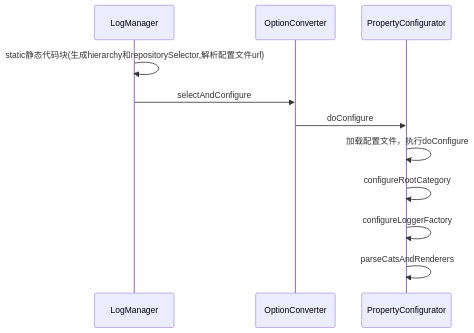
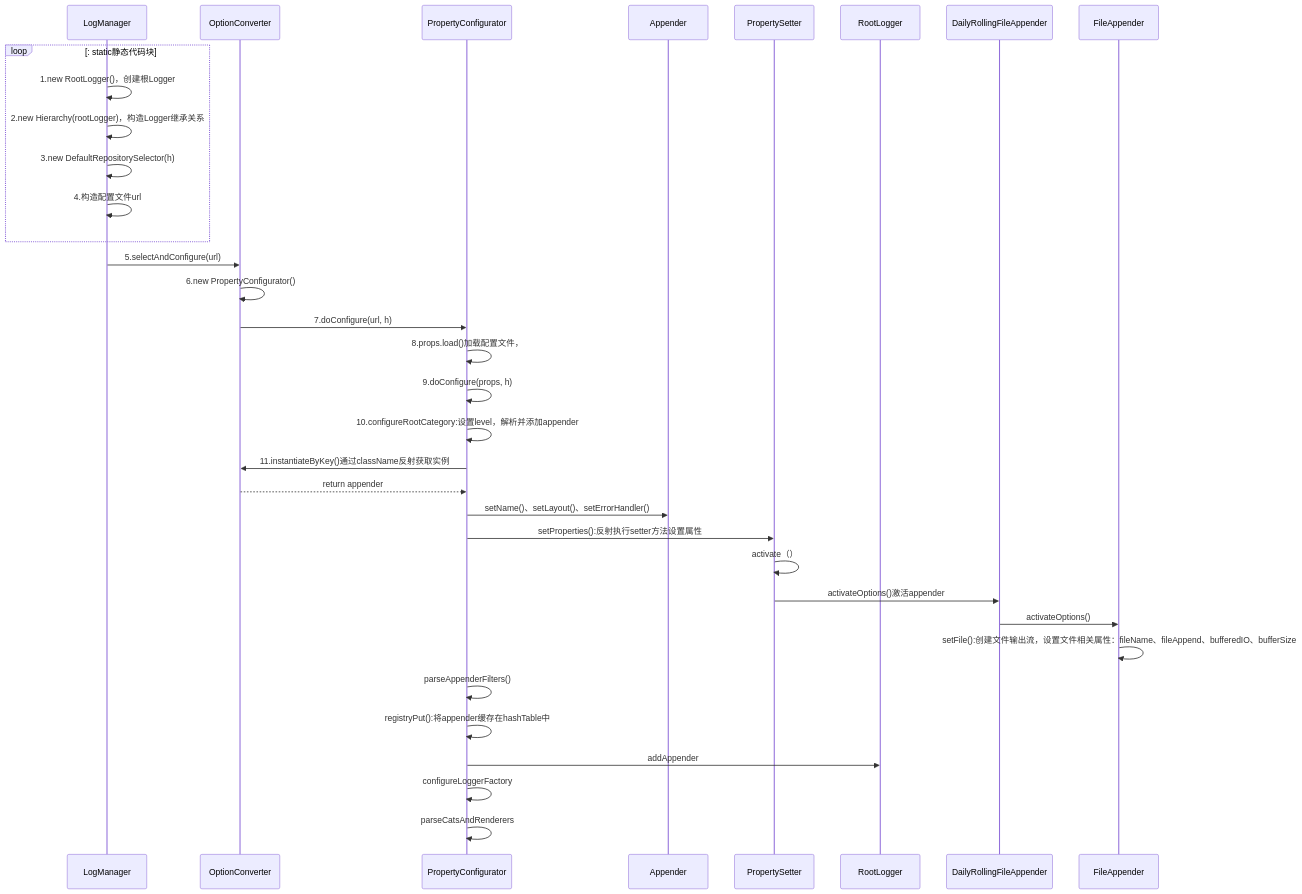
One commit to xxqii/Java changed the first of 2 diagrams in log4j/1. 项目中使用slf4j+log4j.md. Above: the diagram before and after it, drawn with Mermaid. The commit also changed other lines of this file and 2 other files, not shown here.

````diff
--- a/log4j/1. 项目中使用slf4j+log4j.md
+++ b/log4j/1. 项目中使用slf4j+log4j.md
@@ -177,17 +160,38 @@
   ```mermaid
   %% 时序图例子,-> 直线，-->虚线，->>实线箭头
   
     sequenceDiagram
   
       participant LogManager
       participant OptionConverter
       participant PropertyConfigurator
-      
-      LogManager ->> LogManager : static静态代码块(生成hierarchy和repositorySelector,解析配置文件url)
-      LogManager ->> OptionConverter : selectAndConfigure
-      OptionConverter ->> PropertyConfigurator : doConfigure
-      PropertyConfigurator ->> PropertyConfigurator : 加载配置文件，执行doConfigure
-      PropertyConfigurator ->> PropertyConfigurator : configureRootCategory
+      participant Appender
+      participant PropertySetter
+      participant RootLogger
+  
+      loop: static静态代码块
+      	LogManager ->> LogManager : 1.new RootLogger()，创建根Logger
+      	LogManager ->> LogManager : 2.new Hierarchy(rootLogger)，构造Logger继承关系
+      	LogManager ->> LogManager : 3.new DefaultRepositorySelector(h)
+      	LogManager ->> LogManager : 4.构造配置文件url
+      end
+      LogManager ->> OptionConverter : 5.selectAndConfigure(url)
+      OptionConverter ->> OptionConverter: 6.new PropertyConfigurator()
+      OptionConverter ->> PropertyConfigurator : 7.doConfigure(url, h)
+      PropertyConfigurator ->> PropertyConfigurator : 8.props.load()加载配置文件，
+      PropertyConfigurator ->> PropertyConfigurator : 9.doConfigure(props, h)
+      PropertyConfigurator ->> PropertyConfigurator : 10.configureRootCategory:设置level，解析并添加appender
+      PropertyConfigurator ->> OptionConverter: 11.instantiateByKey()通过className反射获取实例
+      OptionConverter -->> PropertyConfigurator : return appender
+      PropertyConfigurator ->> Appender: setName()、setLayout()、setErrorHandler()
+      PropertyConfigurator ->> PropertySetter : setProperties():反射执行setter方法设置属性
+      PropertySetter ->> PropertySetter : activate（）
+      PropertySetter ->> DailyRollingFileAppender : activateOptions()激活appender
+      DailyRollingFileAppender ->> FileAppender : activateOptions()
+      FileAppender ->> FileAppender : setFile():创建文件输出流，设置文件相关属性：fileName、fileAppend、bufferedIO、bufferSize
+      PropertyConfigurator ->> PropertyConfigurator : parseAppenderFilters()
+      PropertyConfigurator ->> PropertyConfigurator : registryPut():将appender缓存在hashTable中
+      PropertyConfigurator ->> RootLogger : addAppender
       PropertyConfigurator ->> PropertyConfigurator : configureLoggerFactory
       PropertyConfigurator ->> PropertyConfigurator : parseCatsAndRenderers
   ```
````
